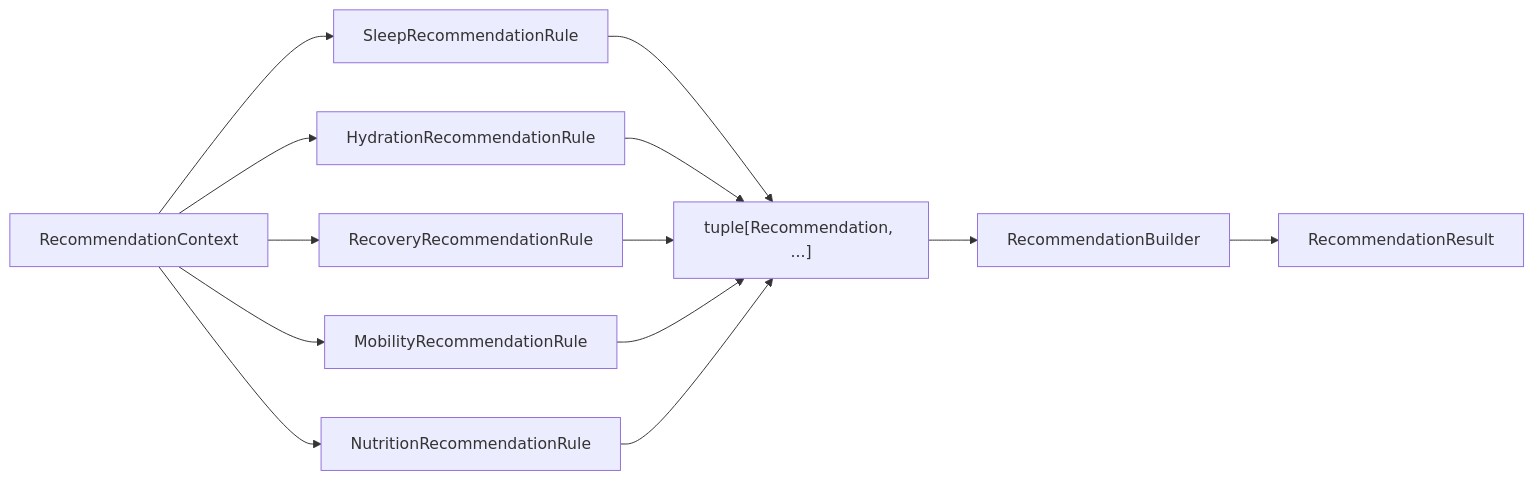
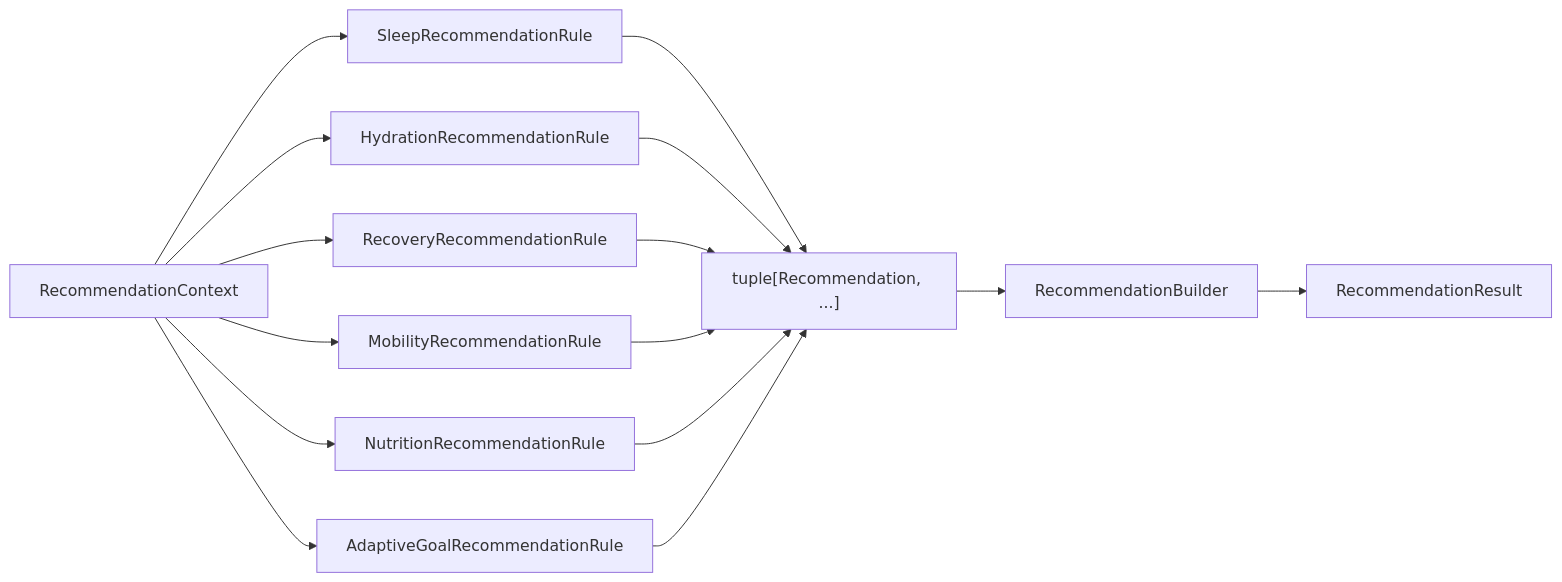
One commit to tdg4dftypb-coder/athlete-platform changed the sixth of 12 diagrams in docs/engineering/02-architecture.md. Above: the diagram before and after it, drawn with Mermaid. The commit also changed other lines of this file and 13 other files, not shown here.

Commit message:
Integrate adaptive goals with recommendation engine

````diff
--- a/docs/engineering/02-architecture.md
+++ b/docs/engineering/02-architecture.md
@@ -454,16 +454,18 @@
 ```mermaid
 flowchart LR
     C["RecommendationContext"] --> R1["SleepRecommendationRule"]
     C --> R2["HydrationRecommendationRule"]
     C --> R3["RecoveryRecommendationRule"]
     C --> R4["MobilityRecommendationRule"]
     C --> R5["NutritionRecommendationRule"]
+    C --> R6["AdaptiveGoalRecommendationRule"]
 
     R1 --> CAN["tuple[Recommendation, ...]"]
     R2 --> CAN
     R3 --> CAN
     R4 --> CAN
     R5 --> CAN
+    R6 --> CAN
     CAN --> B["RecommendationBuilder"]
     B --> OUT["RecommendationResult"]
 ```
````
